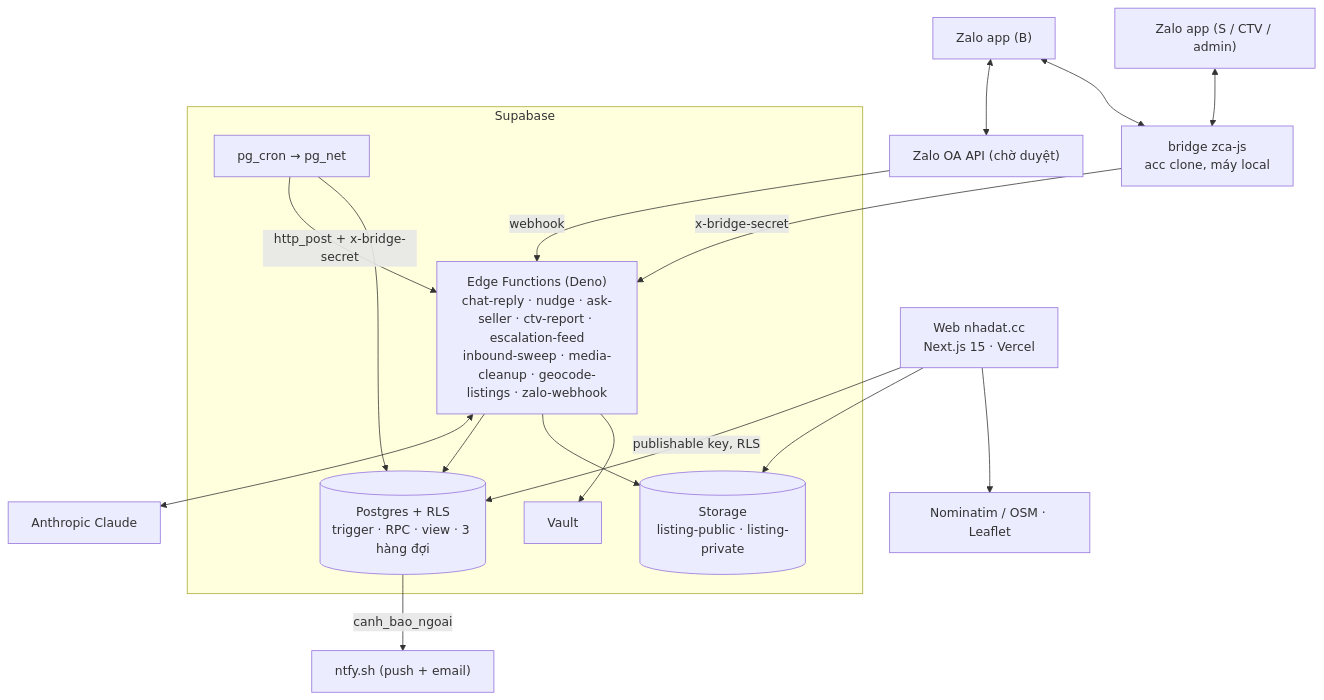
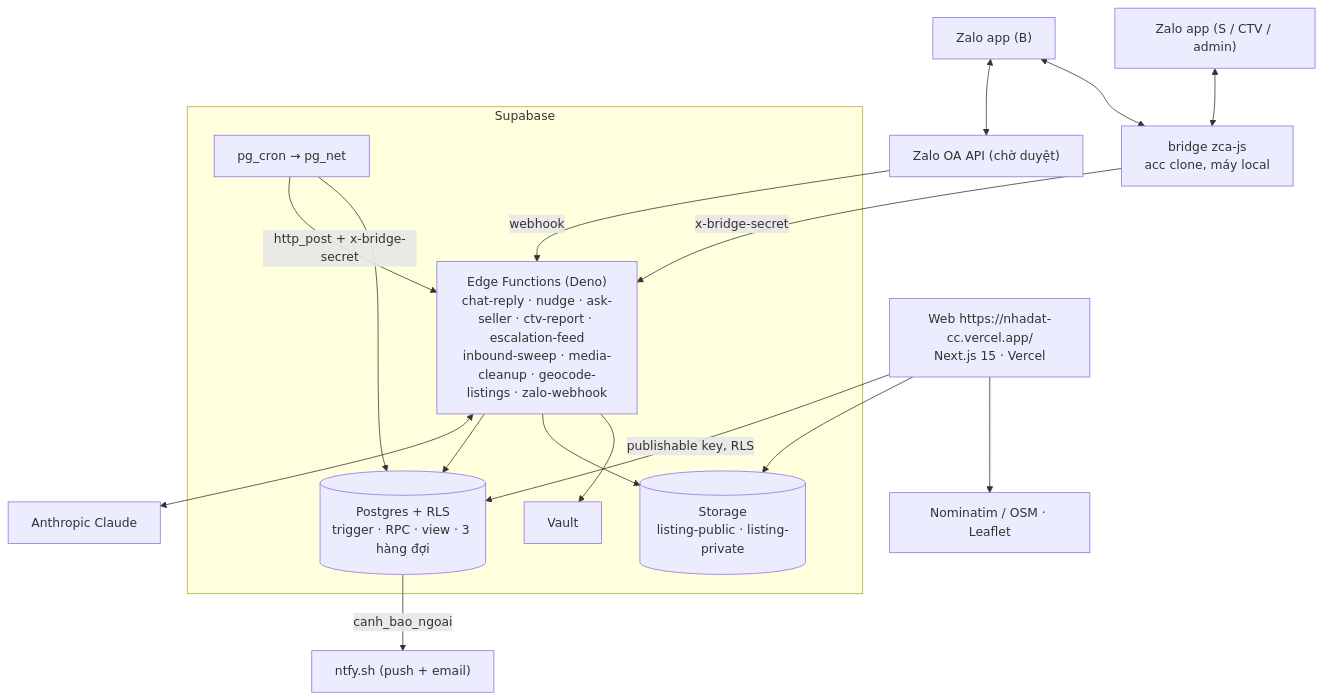
Before and after one commit to quang507/Nhadat.cc: the first of 3 diagrams in docs/07-srs.md, drawn with Mermaid. The commit also changed 6 other files, not shown here.

Commit message:
docs: cap nhat tat ca tai lieu va SITE_URL ve https://nhadat-cc.vercel.app/

````diff
--- a/docs/07-srs.md
+++ b/docs/07-srs.md
@@ -36,33 +36,33 @@
 ```mermaid
 flowchart TB
-    W["Web nhadat.cc<br/>Next.js 15 · Vercel"]
+    W["Web https://nhadat-cc.vercel.app/<br/>Next.js 15 · Vercel"]
     ZB["Zalo app (B)"]
     ZS["Zalo app (S / CTV / admin)"]
     OA["Zalo OA API (chờ duyệt)"]
     BR["bridge zca-js<br/>acc clone, máy local"]
     subgraph Supabase
         EF["Edge Functions (Deno)<br/>chat-reply · nudge · ask-seller · ctv-report · escalation-feed<br/>inbound-sweep · media-cleanup · geocode-listings · zalo-webhook"]
         DB[("Postgres + RLS<br/>trigger · RPC · view · 3 hàng đợi")]
         CRON["pg_cron → pg_net"]
         ST[("Storage<br/>listing-public · listing-private")]
         VA["Vault"]
     end
     AI["Anthropic Claude"]
     NTFY["ntfy.sh (push + email)"]
     OSM["Nominatim / OSM · Leaflet"]
     W -->|publishable key, RLS| DB
     W --> ST
     W --> OSM
     ZB <--> OA
     ZB <--> BR
     ZS <--> BR
     OA -->|webhook| EF
     BR -->|x-bridge-secret| EF
     EF <--> AI
     EF --> DB
     EF --> ST
     EF --> VA
     CRON -->|http_post + x-bridge-secret| EF
     CRON --> DB
     DB -->|canh_bao_ngoai| NTFY
 ```
````
